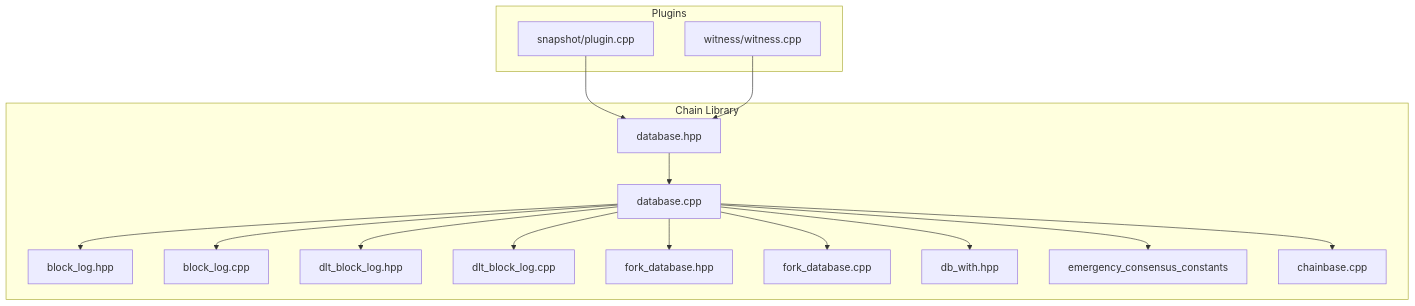
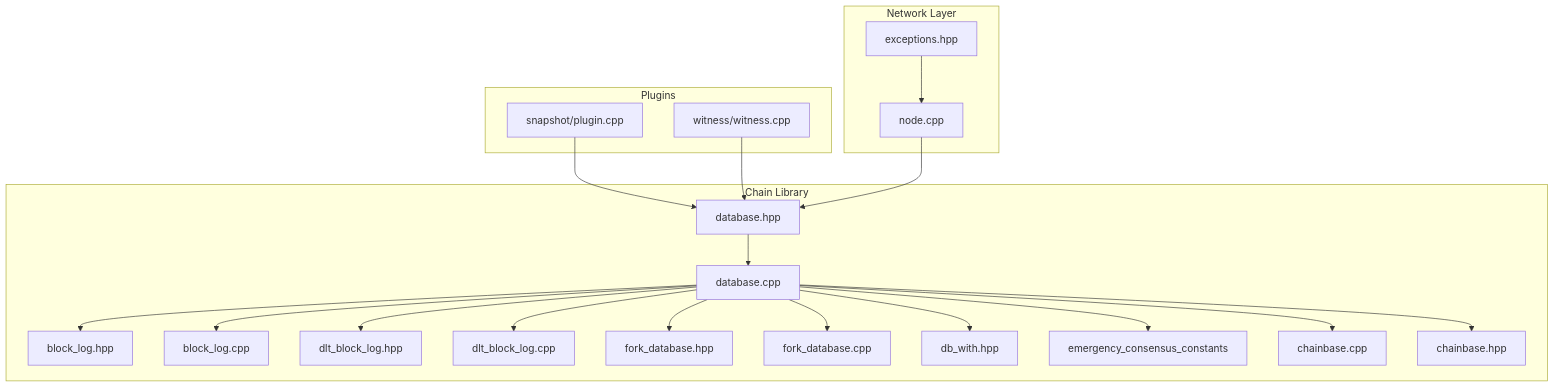
The first of 22 diagrams in .qoder/repowiki/en/content/Architecture Overview/Core Libraries/Chain Library/Database Management/Database Management.md (VIZ-Blockchain/viz-cpp-node), drawn with Mermaid before and after one commit. The commit also changed other lines of this file and 6 other files, not shown here.

````diff
--- a/.qoder/repowiki/en/content/Architecture Overview/Core Libraries/Chain Library/Database Management/Database Management.md
+++ b/.qoder/repowiki/en/content/Architecture Overview/Core Libraries/Chain Library/Database Management/Database Management.md
@@ -57,32 +63,40 @@
 ```mermaid
 graph TB
 subgraph "Chain Library"
 DBH["database.hpp"]
 DBCPP["database.cpp"]
 BLH["block_log.hpp"]
 BLCPP["block_log.cpp"]
 DLTH["dlt_block_log.hpp"]
 DLTCPP["dlt_block_log.cpp"]
 FDH["fork_database.hpp"]
 FDCPP["fork_database.cpp"]
 DBWH["db_with.hpp"]
 ENDH["emergency_consensus_constants"]
 CB["chainbase.cpp"]
+CBH["chainbase.hpp"]
 end
 subgraph "Plugins"
 SNAPH["snapshot/plugin.cpp"]
 WITNESS["witness/witness.cpp"]
+end
+subgraph "Network Layer"
+NODE["node.cpp"]
+EXC["exceptions.hpp"]
 end
 DBH --> DBCPP
 DBCPP --> BLH
 DBCPP --> BLCPP
 DBCPP --> DLTH
 DBCPP --> DLTCPP
 DBCPP --> FDH
 DBCPP --> FDCPP
 DBCPP --> DBWH
 DBCPP --> ENDH
 DBCPP --> CB
+DBCPP --> CBH
 SNAPH --> DBH
 WITNESS --> DBH
+NODE --> DBH
+EXC --> NODE
 ```
````
